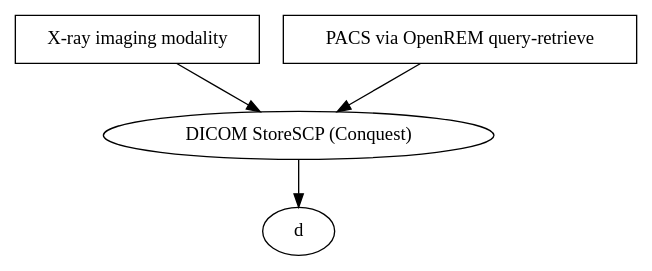
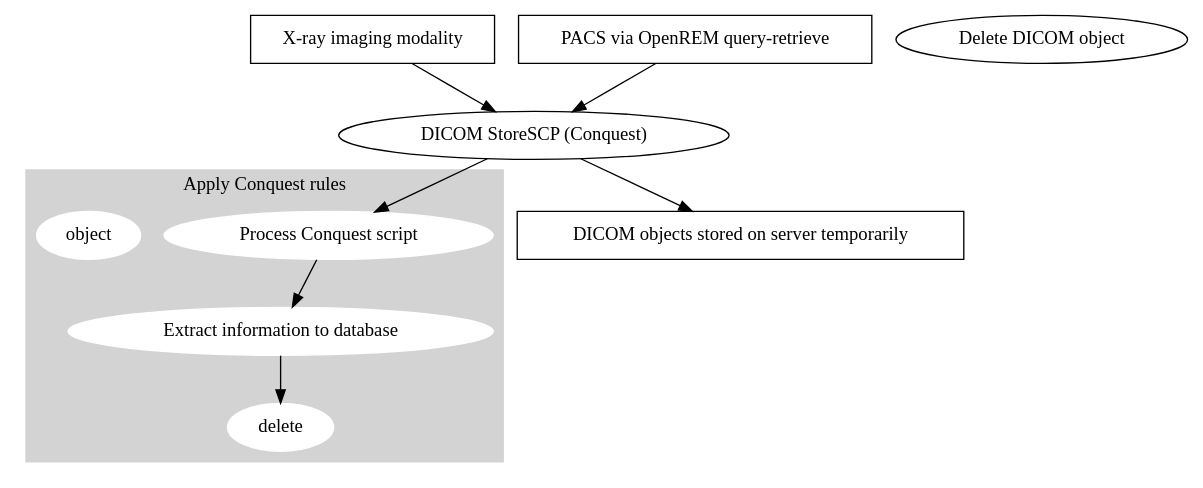
The diagram in docs/testgraphviz.rst (ckswilliams/modOpenREM), drawn with Graphviz before and after one commit.

Commit message:
Adding detail to diagram

```diff
--- a/docs/testgraphviz.rst
+++ b/docs/testgraphviz.rst
@@ -4,10 +4,24 @@
 .. graphviz::
 
    digraph {
-      a -> c;
-      b -> c;
-      c -> d;
-      a [shape=box, label="X-ray imaging modality"];
-      b [shape=box, label="PACS via OpenREM query-retrieve"];
-      c [label="DICOM StoreSCP (Conquest)"];
+      subgraph cluster_rules {
+         node [style=filled,color=white];
+         style=filled;
+         color=lightgrey;
+         conquest_script -> populate_database -> delete object;
+         label = "Apply Conquest rules"
+      }
+
+      modality -> conquest;
+      pacs -> conquest;
+      conquest -> storage;
+      conquest -> conquest_script;
+
+      modality [shape=box, label="X-ray imaging modality"];
+      pacs [shape=box, label="PACS via OpenREM query-retrieve"];
+      conquest [label="DICOM StoreSCP (Conquest)"];
+      storage [shape=box, label="DICOM objects stored on server temporarily"];
+      conquest_script [label="Process Conquest script"];
+      populate_database [label="Extract information to database"];
+      delete_object [label="Delete DICOM object"];
    }
```
